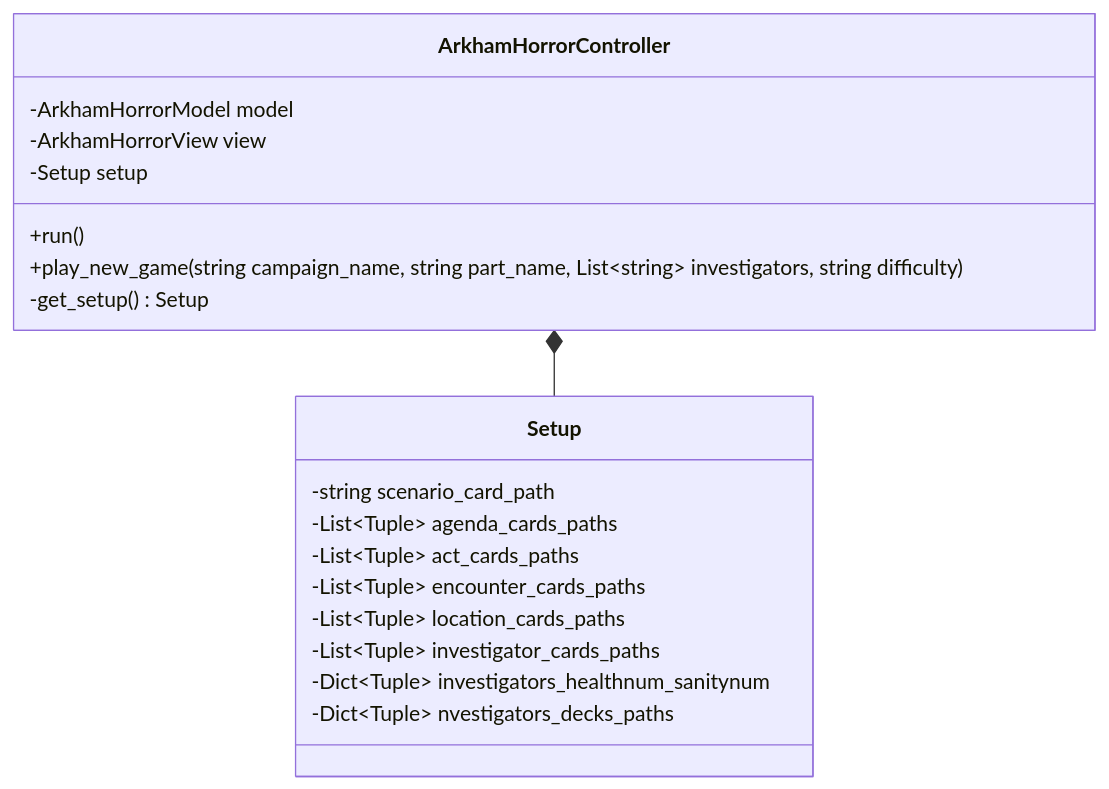
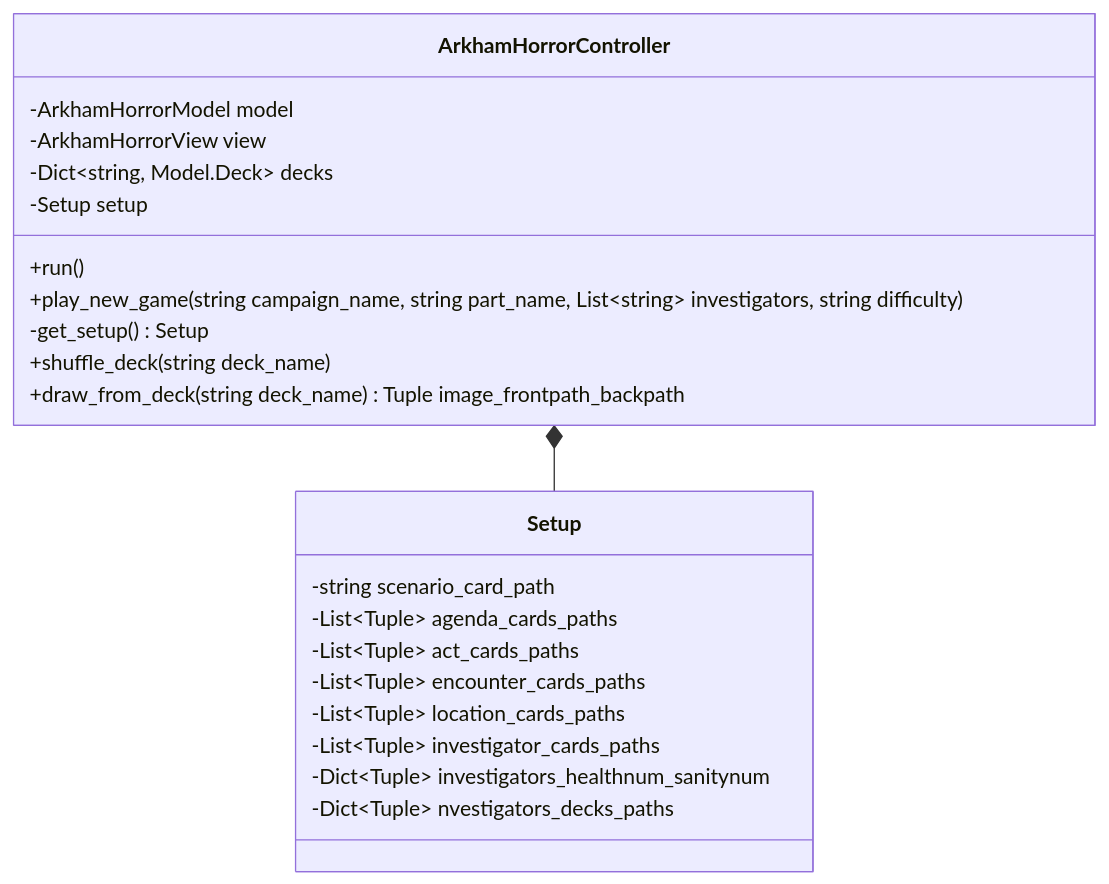
The fourth of 7 diagrams in design.md (alexcwarren/arkham-horror), drawn with Mermaid before and after one commit. The commit also changed other lines of this file and 2 other files, not shown here.

````diff
--- a/design.md
+++ b/design.md
@@ -250,24 +273,27 @@
 ```mermaid
 classDiagram
     ArkhamHorrorController *-- Setup
     class ArkhamHorrorController{
         -ArkhamHorrorModel model
         -ArkhamHorrorView view
+        -Dict~string, Model.Deck~ decks
         -Setup setup
         +run()
         +play_new_game(string campaign_name, string part_name, List~string~ investigators, string difficulty)
         -get_setup() Setup
+        +shuffle_deck(string deck_name)
+        +draw_from_deck(string deck_name) Tuple image_frontpath_backpath
     }
 
     class Setup{
         -string scenario_card_path
         -List~Tuple~ agenda_cards_paths
         -List~Tuple~ act_cards_paths
         -List~Tuple~ encounter_cards_paths
         -List~Tuple~ location_cards_paths
         -List~Tuple~ investigator_cards_paths
         -Dict~Tuple~ investigators_healthnum_sanitynum
         -Dict~Tuple~ nvestigators_decks_paths
     }
 
 ```
````
